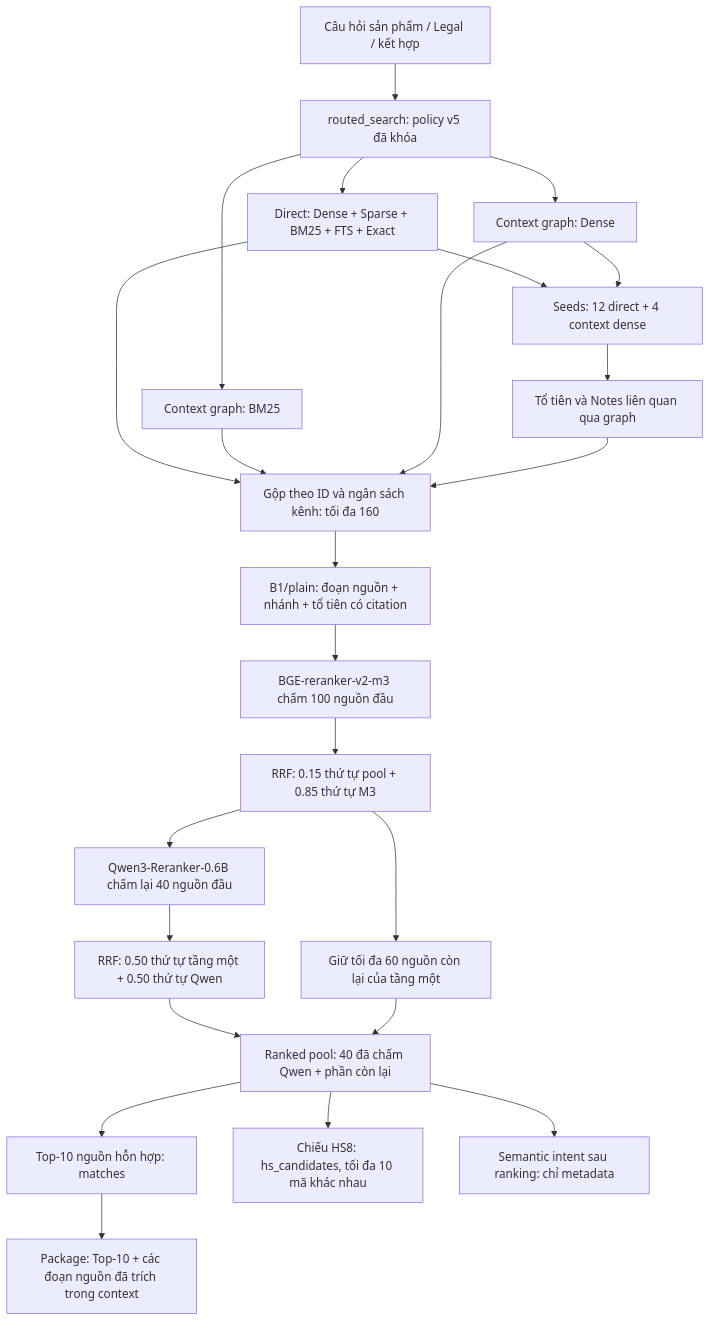
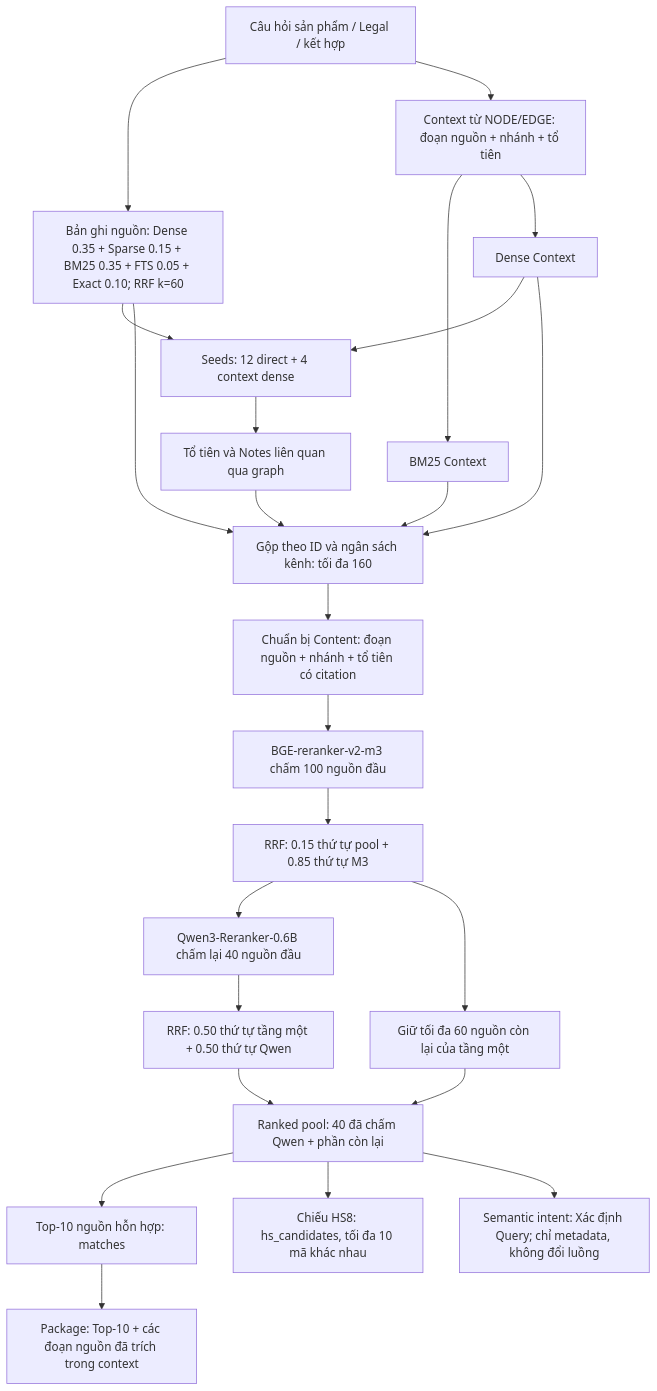
The second of 2 diagrams in apps/aiAgent/docs/RetrievalDocs/retrievalWF_Docs.md (capkimkhanh2k5/Logistics_ERPNext_RAG), drawn with Mermaid before and after one commit. The commit also changed other lines of this file and 6 other files, not shown here.

````diff
--- a/apps/aiAgent/docs/RetrievalDocs/retrievalWF_Docs.md
+++ b/apps/aiAgent/docs/RetrievalDocs/retrievalWF_Docs.md
@@ -86,26 +88,26 @@
 ```mermaid
 flowchart TD
-    Q["Câu hỏi sản phẩm / Legal / kết hợp"] --> A["routed_search: policy v5 đã khóa"]
-    A --> D["Direct: Dense + Sparse + BM25 + FTS + Exact"]
-    A --> L["Context graph: BM25"]
-    A --> E["Context graph: Dense"]
+    Q["Câu hỏi sản phẩm / Legal / kết hợp"] --> D["Bản ghi nguồn: Dense 0.35 + Sparse 0.15 + BM25 0.35 + FTS 0.05 + Exact 0.10; RRF k=60"]
+    Q --> V["Context từ NODE/EDGE: đoạn nguồn + nhánh + tổ tiên"]
+    V --> L["BM25 Context"]
+    V --> E["Dense Context"]
     D --> S["Seeds: 12 direct + 4 context dense"]
     E --> S
     S --> G["Tổ tiên và Notes liên quan qua graph"]
     D --> C["Gộp theo ID và ngân sách kênh: tối đa 160"]
     L --> C
     E --> C
     G --> C
-    C --> T["B1/plain: đoạn nguồn + nhánh + tổ tiên có citation"]
+    C --> T["Chuẩn bị Content: đoạn nguồn + nhánh + tổ tiên có citation"]
     T --> M["BGE-reranker-v2-m3 chấm 100 nguồn đầu"]
     M --> F["RRF: 0.15 thứ tự pool + 0.85 thứ tự M3"]
     F --> W["Qwen3-Reranker-0.6B chấm lại 40 nguồn đầu"]
     W --> R["RRF: 0.50 thứ tự tầng một + 0.50 thứ tự Qwen"]
     F --> K["Giữ tối đa 60 nguồn còn lại của tầng một"]
     R --> H["Ranked pool: 40 đã chấm Qwen + phần còn lại"]
     K --> H
     H --> O["Top-10 nguồn hỗn hợp: matches"]
     H --> I["Chiếu HS8: hs_candidates, tối đa 10 mã khác nhau"]
     O --> P["Package: Top-10 + các đoạn nguồn đã trích trong context"]
-    H --> J["Semantic intent sau ranking: chỉ metadata"]
+    H --> J["Semantic intent: Xác định Query; chỉ metadata, không đổi luồng"]
 ```
````
